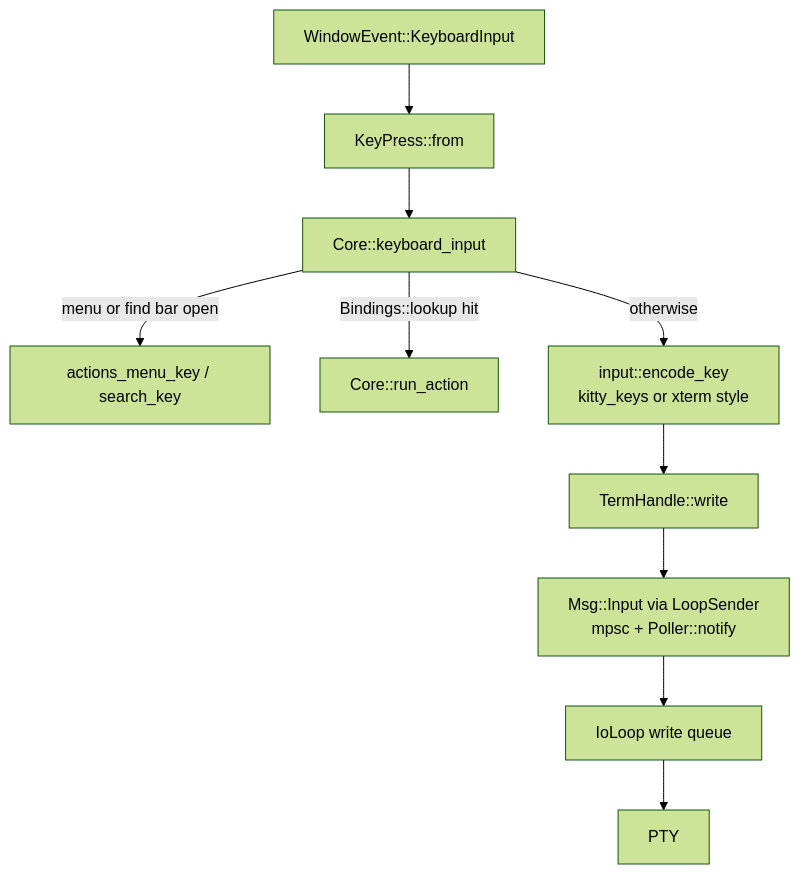
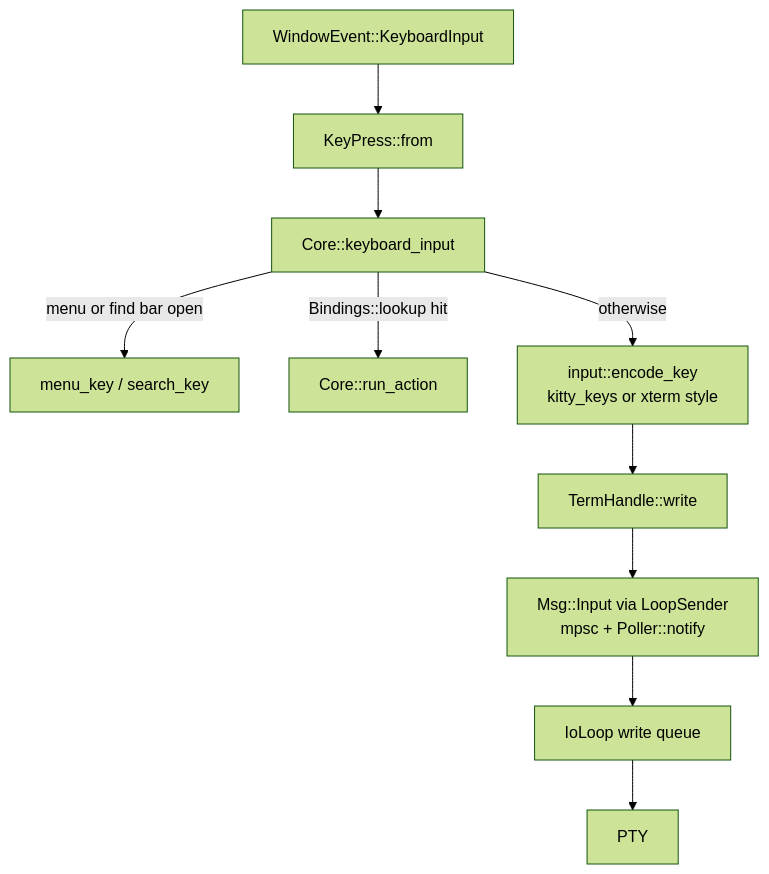
The fourth of 6 diagrams in ARCHITECTURE.md (cebor/nuntio), drawn with Mermaid (forest theme) before and after one commit. The commit also changed other lines of this file and 10 other files, not shown here.

First line of the commit message:
Name the generic popup Menu, not ActionsMenu

````diff
--- a/ARCHITECTURE.md
+++ b/ARCHITECTURE.md
@@ -180,11 +180,11 @@
 ```mermaid
 flowchart TD
     key[WindowEvent::KeyboardInput] --> kp[KeyPress::from]
     kp --> ki[Core::keyboard_input]
-    ki -->|menu or find bar open| ui[actions_menu_key / search_key]
+    ki -->|menu or find bar open| ui[menu_key / search_key]
     ki -->|Bindings::lookup hit| act[Core::run_action]
     ki -->|otherwise| enc[input::encode_key<br/>kitty_keys or xterm style]
     enc --> w[TermHandle::write]
     w --> q[Msg::Input via LoopSender<br/>mpsc + Poller::notify]
     q --> io[IoLoop write queue] --> pty[PTY]
 ```
````
